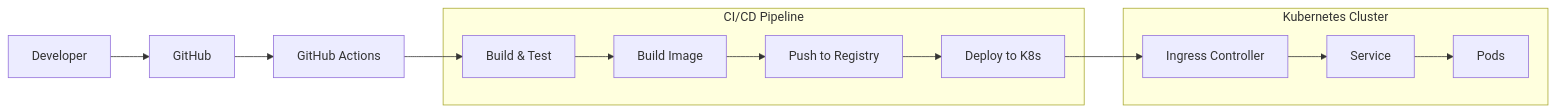
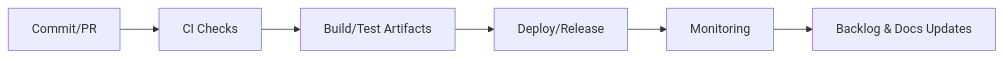
Before and after one commit to samueljackson-collab/Portfolio-Project: the second of 2 diagrams in projects/p18-k8s-cicd/README.md, drawn with Mermaid. The commit also changed other lines of this file and 85 other files, not shown here.

````diff
--- a/projects/p18-k8s-cicd/README.md
+++ b/projects/p18-k8s-cicd/README.md
@@ -20,23 +96,8 @@
 ```mermaid
 flowchart LR
-    Dev[Developer]
-    GH[GitHub]
-    Actions[GitHub Actions]
-
-    subgraph CI/CD Pipeline
-        Build[Build & Test]
-        Docker[Build Image]
-        Push[Push to Registry]
-        Deploy[Deploy to K8s]
-    end
-
-    subgraph Kubernetes Cluster
-        Ingress[Ingress Controller]
-        Service[Service]
-        Pods[Pods]
-    end
-
-    Dev --> GH --> Actions
-    Actions --> Build --> Docker --> Push --> Deploy
-    Deploy --> Ingress --> Service --> Pods
+  A[Commit/PR] --> B[CI Checks]
+  B --> C[Build/Test Artifacts]
+  C --> D[Deploy/Release]
+  D --> E[Monitoring]
+  E --> F[Backlog & Docs Updates]
 ```
````
